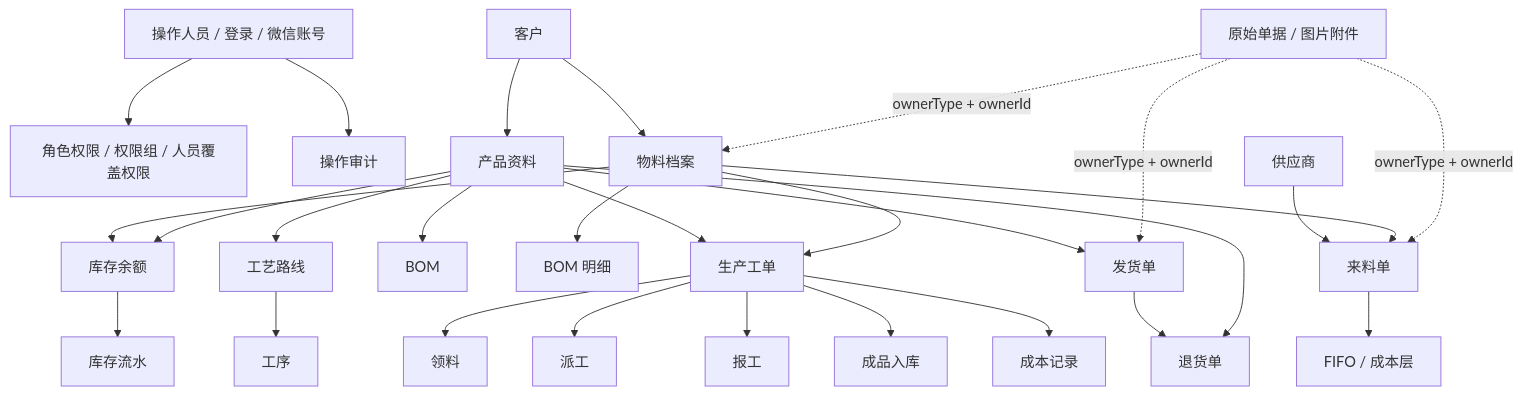
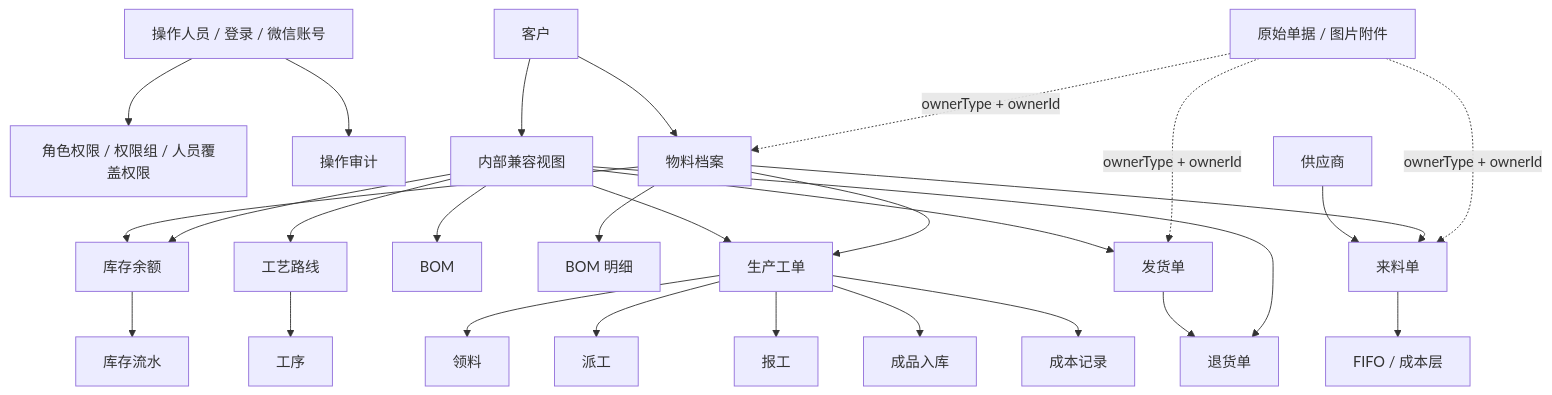
Before and after one commit to goldf2/mes-lite: the first of 2 diagrams in docs/minierp/database-architecture-report.md, drawn with Mermaid. The commit also changed other lines of this file and 40 other files, not shown here.

````diff
--- a/docs/minierp/database-architecture-report.md
+++ b/docs/minierp/database-architecture-report.md
@@ -47,35 +47,35 @@
 ```mermaid
 flowchart TD
   Auth["操作人员 / 登录 / 微信账号"] --> Permission["角色权限 / 权限组 / 人员覆盖权限"]
   Auth --> Audit["操作审计"]
 
-  Customer["客户"] --> Product["产品资料"]
+  Customer["客户"] --> Product["内部兼容视图"]
   Customer --> Material["物料档案"]
   Supplier["供应商"] --> MaterialIn["来料单"]
   Material --> MaterialIn
 
   Material --> Stock["库存余额"]
   Product --> Stock
   Stock --> StockLog["库存流水"]
   MaterialIn --> CostLayer["FIFO / 成本层"]
 
   Product --> BOM["BOM"]
   Material --> BOMItem["BOM 明细"]
   Product --> Route["工艺路线"]
   Route --> Step["工序"]
   Product --> Order["生产工单"]
   Material --> Order
   Order --> Pick["领料"]
   Order --> Dispatch["派工"]
   Order --> Report["报工"]
   Order --> StockIn["成品入库"]
   Order --> Cost["成本记录"]
 
   Product --> Shipment["发货单"]
   Shipment --> Return["退货单"]
   Product --> Return
 
   Attachment["原始单据 / 图片附件"] -. ownerType + ownerId .-> Material
   Attachment -. ownerType + ownerId .-> MaterialIn
   Attachment -. ownerType + ownerId .-> Shipment
 ```
````
